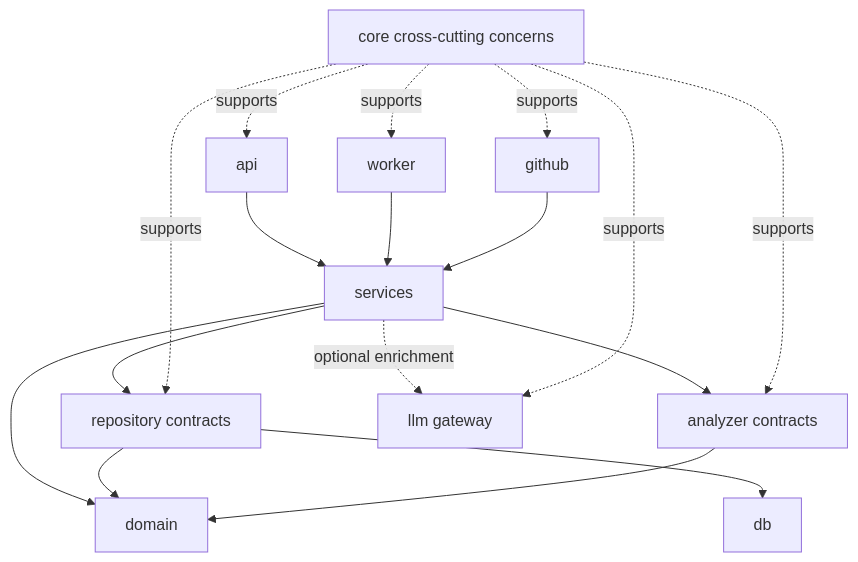
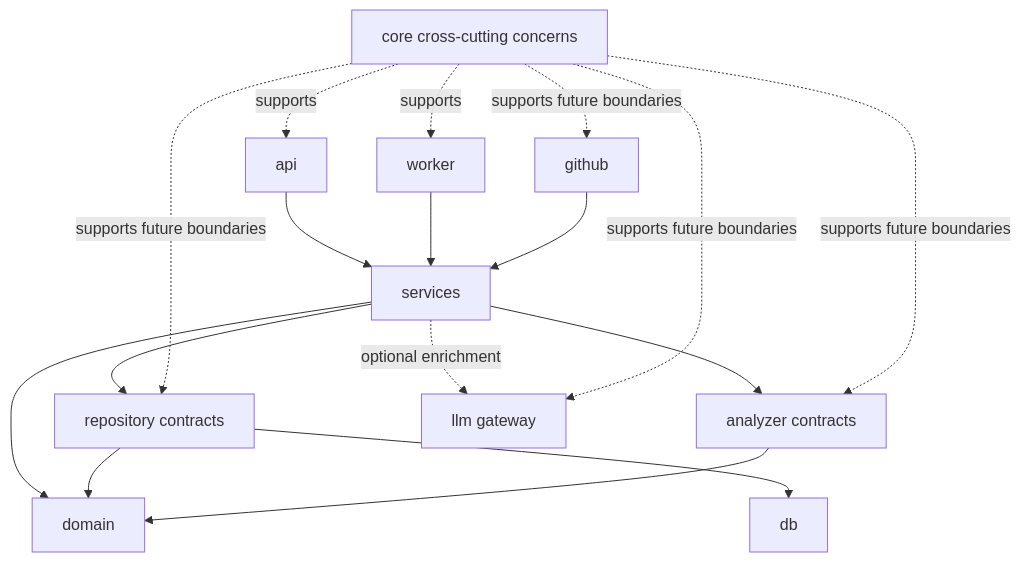
One commit to vcampoy/codepilot changed the second of 2 diagrams in docs/architecture.md. Above: the diagram before and after it, drawn with Mermaid. The commit also changed other lines of this file and 14 other files, not shown here.

````diff
--- a/docs/architecture.md
+++ b/docs/architecture.md
@@ -84,20 +86,20 @@
 ```mermaid
 flowchart TD
     API[api] --> Services[services]
     Worker[worker] --> Services
     GitHub[github] --> Services
     Services --> Domain[domain]
     Services --> Repositories[repository contracts]
     Services --> Analyzers[analyzer contracts]
     Services -. optional enrichment .-> LLM[llm gateway]
     Repositories --> DB[db]
     Repositories --> Domain
     Analyzers --> Domain
 
     Core[core cross-cutting concerns] -. supports .-> API
     Core -. supports .-> Worker
-    Core -. supports .-> GitHub
-    Core -. supports .-> Repositories
-    Core -. supports .-> Analyzers
-    Core -. supports .-> LLM
+    Core -. supports future boundaries .-> GitHub
+    Core -. supports future boundaries .-> Repositories
+    Core -. supports future boundaries .-> Analyzers
+    Core -. supports future boundaries .-> LLM
 ```
````
